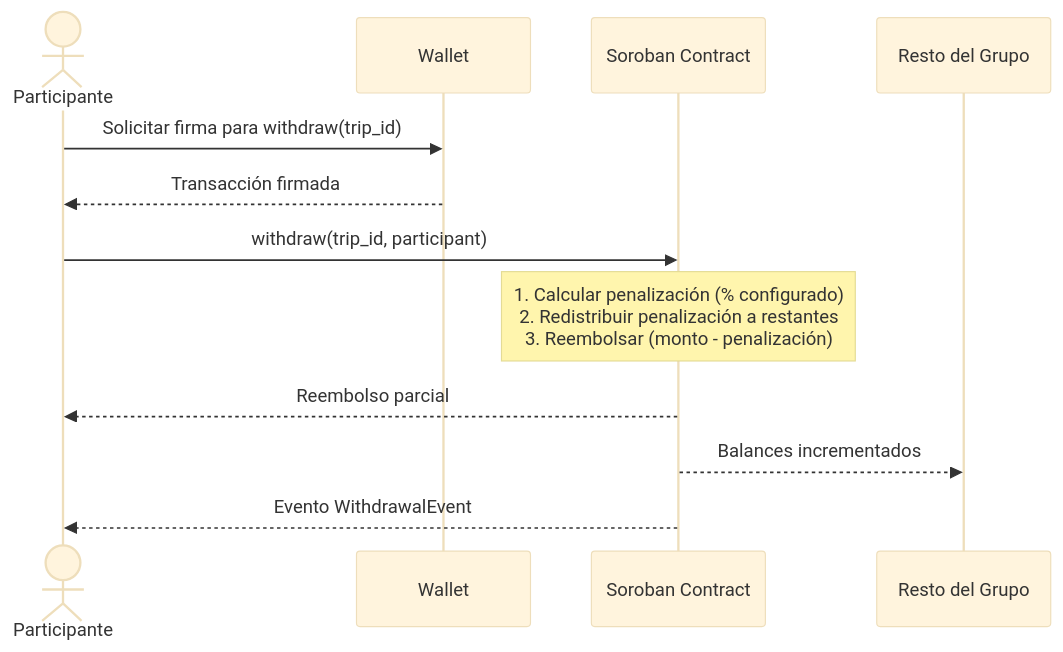
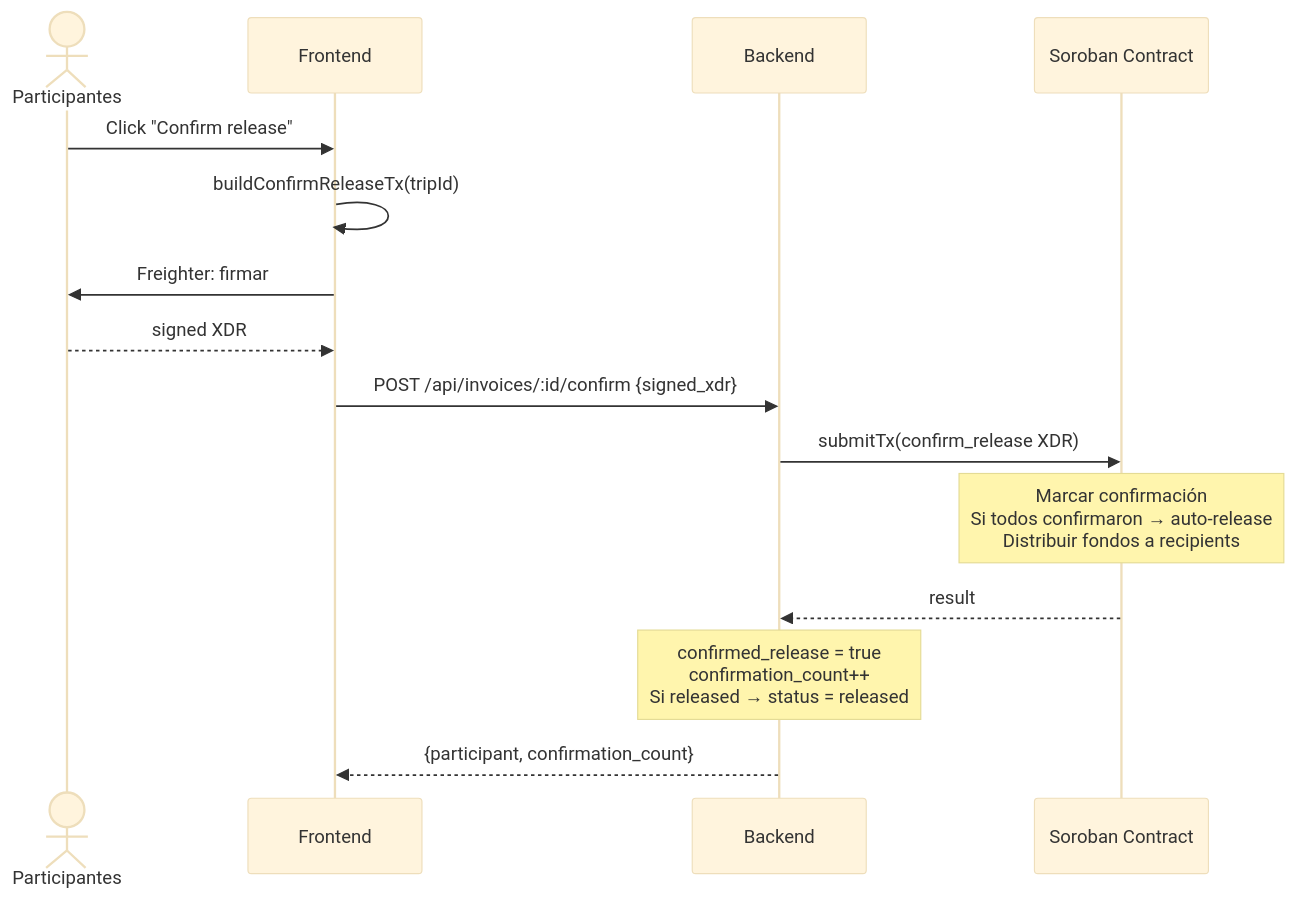
One commit to CoKeFish/Impacta-Bootcamp changed the eighth of 12 diagrams in ARCHITECTURE.md. Above: the diagram before and after it, drawn with Mermaid (base theme). The commit also changed other lines of this file and 4 other files, not shown here.

````diff
--- a/ARCHITECTURE.md
+++ b/ARCHITECTURE.md
@@ -284,14 +405,17 @@
 ```mermaid
 sequenceDiagram
-    actor P as Participante
-    participant W as Wallet
+    actor P as Participantes
+    participant FE as Frontend
+    participant BE as Backend
     participant SC as Soroban Contract
-    participant G as Resto del Grupo
-    P ->> W: Solicitar firma para withdraw(trip_id)
-    W -->> P: Transacción firmada
-    P ->> SC: withdraw(trip_id, participant)
-    Note over SC: 1. Calcular penalización (% configurado)<br/>2. Redistribuir penalización a restantes<br/>3. Reembolsar (monto - penalización)
-    SC -->> P: Reembolso parcial
-    SC -->> G: Balances incrementados
-    SC -->> P: Evento WithdrawalEvent
+    P ->> FE: Click "Confirm release"
+    FE ->> FE: buildConfirmReleaseTx(tripId)
+    FE ->> P: Freighter: firmar
+    P -->> FE: signed XDR
+    FE ->> BE: POST /api/invoices/:id/confirm {signed_xdr}
+    BE ->> SC: submitTx(confirm_release XDR)
+    Note over SC: Marcar confirmación<br/>Si todos confirmaron → auto-release<br/>Distribuir fondos a recipients
+    SC -->> BE: result
+    Note over BE: confirmed_release = true<br/>confirmation_count++<br/>Si released → status = released
+    BE -->> FE: {participant, confirmation_count}
 ```
````
